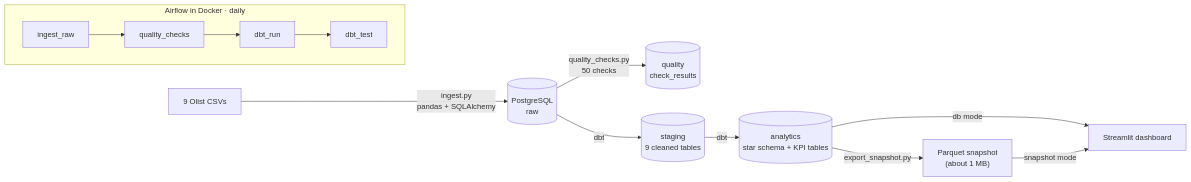
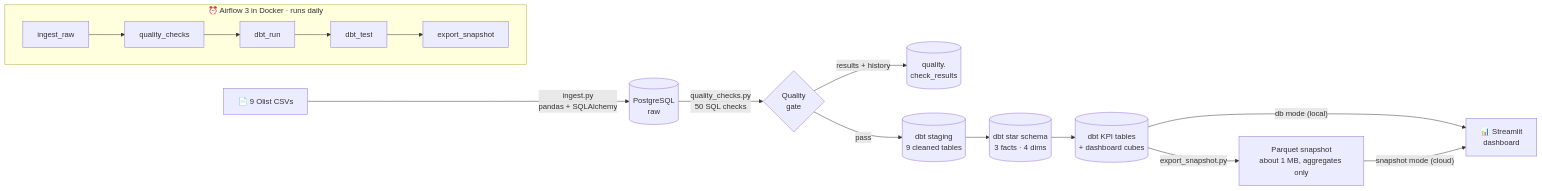
Before and after one commit to Yokesh0404/sales-analytics-pipeline: the first of 2 diagrams in README.md, drawn with Mermaid. The commit also changed other lines of this file and 10 other files, not shown here.

````diff
--- a/README.md
+++ b/README.md
@@ -38,15 +47,17 @@
 ```mermaid
 flowchart LR
-    A["9 Olist CSVs"] -->|"ingest.py<br/>pandas + SQLAlchemy"| B[("PostgreSQL<br/>raw")]
-    B -->|"quality_checks.py<br/>50 checks"| Q[("quality<br/>check_results")]
-    B -->|"dbt"| S[("staging<br/>9 cleaned tables")]
-    S -->|"dbt"| M[("analytics<br/>star schema + KPI tables")]
-    M -->|"db mode"| D["Streamlit dashboard"]
-    M -->|"export_snapshot.py"| P["Parquet snapshot<br/>(about 1 MB)"]
-    P -->|"snapshot mode"| D
+    CSV["📄 9 Olist CSVs"] -->|"ingest.py<br/>pandas + SQLAlchemy"| RAW[("PostgreSQL<br/>raw")]
+    RAW -->|"quality_checks.py<br/>50 SQL checks"| QC{"Quality<br/>gate"}
+    QC -->|"results + history"| QR[("quality.<br/>check_results")]
+    QC -->|"pass"| STG[("dbt staging<br/>9 cleaned tables")]
+    STG --> MART[("dbt star schema<br/>3 facts · 4 dims")]
+    MART --> KPI[("dbt KPI tables<br/>+ dashboard cubes")]
+    KPI -->|"db mode (local)"| APP["📊 Streamlit<br/>dashboard"]
+    KPI -->|"export_snapshot.py"| PQ["Parquet snapshot<br/>about 1 MB, aggregates only"]
+    PQ -->|"snapshot mode (cloud)"| APP
 
-    subgraph AF["Airflow in Docker · daily"]
+    subgraph AF["⏰ Airflow 3 in Docker · runs daily"]
         direction LR
-        T1[ingest_raw] --> T2[quality_checks] --> T3[dbt_run] --> T4[dbt_test]
+        T1[ingest_raw] --> T2[quality_checks] --> T3[dbt_run] --> T4[dbt_test] --> T5[export_snapshot]
     end
 ```
````
